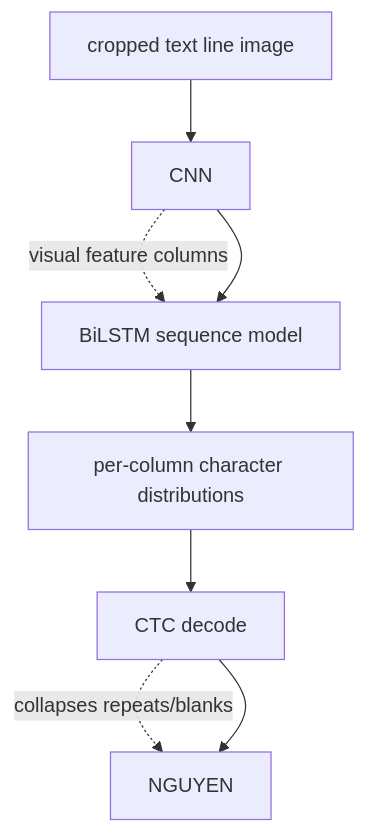
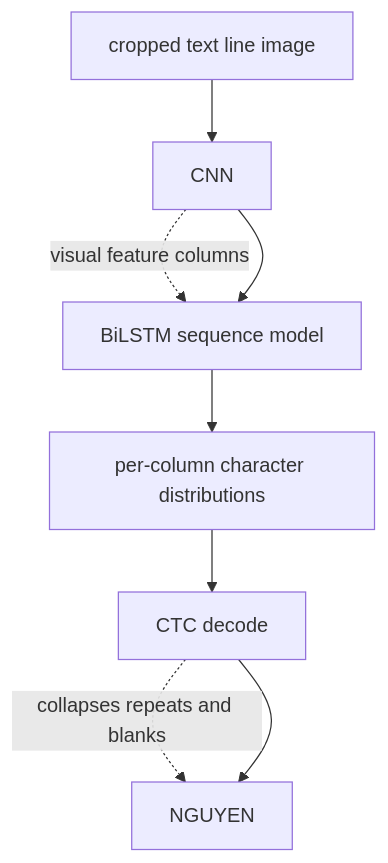
Before and after one commit to mikenguyen13/ai_in_action: the second of 3 diagrams in 600-document-ai-ocr-identity.qmd, drawn with Mermaid. The commit also changed other lines of this file and 184 other files, not shown here.

Commit message:
Conceptual wave: deepen 92 conceptual chapters (rigorous math, diagrams, worked examples, DOI citations); dedup references.bib; rendered clean (0 unresolved citations, 0 errors)

````diff
--- a/600-document-ai-ocr-identity.qmd
+++ b/600-document-ai-ocr-identity.qmd
@@ -48,10 +60,10 @@
 ```{mermaid}
 flowchart TD
     A["cropped text line image"] --> B["CNN"]
     B -.->|visual feature columns| C["BiLSTM sequence model"]
     B --> C
     C --> D["per-column character distributions"]
     D --> E["CTC decode"]
-    E -.->|"collapses repeats/blanks"| F["NGUYEN"]
+    E -.->|"collapses repeats and blanks"| F["NGUYEN"]
     E --> F
 ```
````
